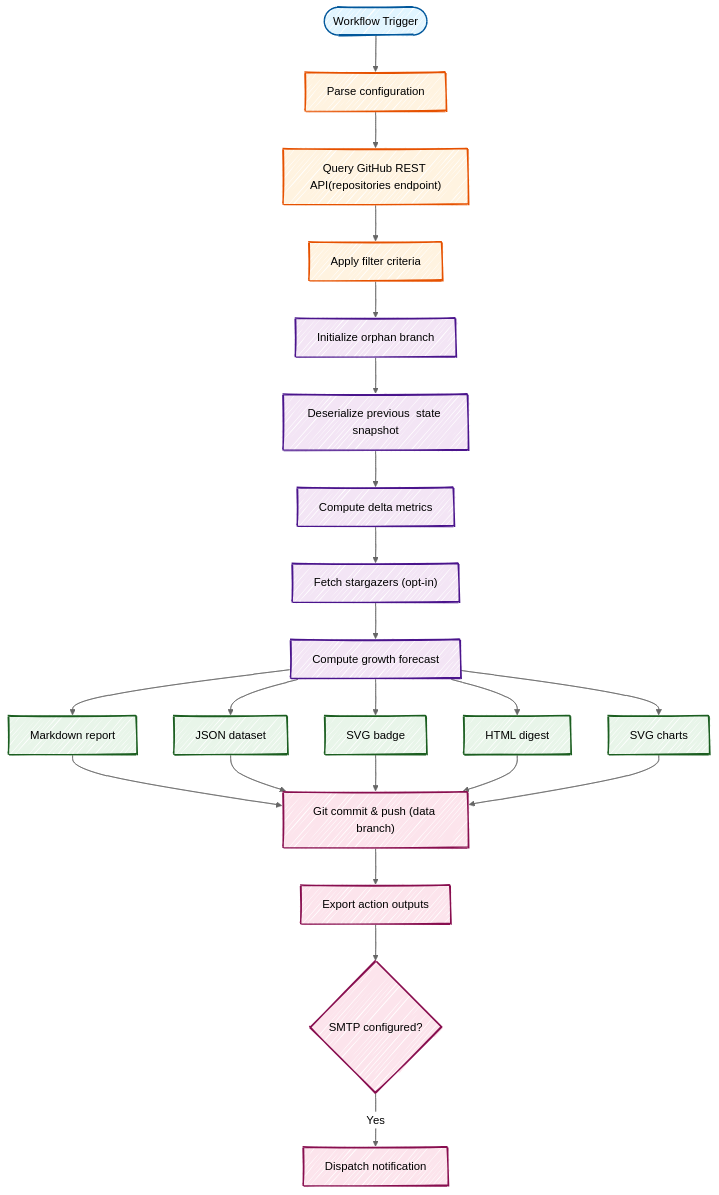
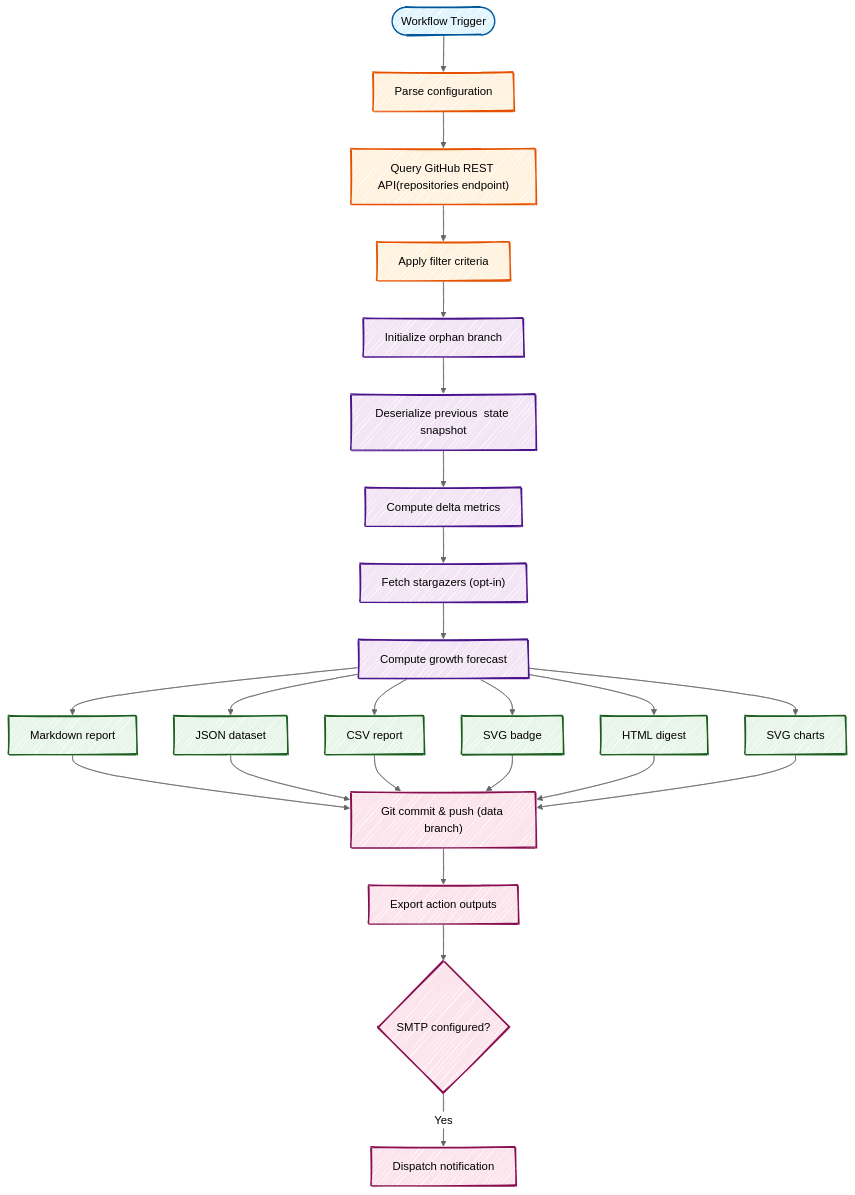
The diagram in README.md (fbuireu/github-star-tracker), drawn with Mermaid before and after one commit. The commit also changed other lines of this file and 12 other files, not shown here.

````diff
--- a/README.md
+++ b/README.md
@@ -136,52 +140,54 @@
 ```mermaid
 ---
 config:
   look: handDrawn
   theme: neutral
 ---
 flowchart TD
     trigger(["Workflow Trigger"])
     config["Parse configuration"]
     fetch["Query GitHub REST API(repositories endpoint)"]
     filter["Apply filter criteria"]
     init["Initialize orphan branch"]
     read["Deserialize previous  state snapshot"]
     compare["Compute delta metrics"]
     stargazers["Fetch stargazers (opt-in)"]
     forecast["Compute growth forecast"]
     md["Markdown report"]
     json["JSON dataset"]
+    csv["CSV report"]
     svg["SVG badge"]
     html["HTML digest"]
     charts["SVG charts"]
     commit["Git commit & push (data branch)"]
     setout["Export action outputs"]
     email{"SMTP configured?"}
     send["Dispatch notification"]
 
     trigger --> config --> fetch --> filter
     filter --> init --> read --> compare
     compare --> stargazers --> forecast
-    forecast --> md & json & svg & html & charts
-    md & json & svg & html & charts --> commit --> setout --> email
+    forecast --> md & json & csv & svg & html & charts
+    md & json & csv & svg & html & charts --> commit --> setout --> email
     email -->|Yes| send
 
     style trigger fill:#e1f5ff,stroke:#01579b,stroke-width:2px
     style config fill:#fff3e0,stroke:#e65100,stroke-width:2px
     style fetch fill:#fff3e0,stroke:#e65100,stroke-width:2px
     style filter fill:#fff3e0,stroke:#e65100,stroke-width:2px
     style init fill:#f3e5f5,stroke:#4a148c,stroke-width:2px
     style read fill:#f3e5f5,stroke:#4a148c,stroke-width:2px
     style compare fill:#f3e5f5,stroke:#4a148c,stroke-width:2px
     style stargazers fill:#f3e5f5,stroke:#4a148c,stroke-width:2px
     style forecast fill:#f3e5f5,stroke:#4a148c,stroke-width:2px
     style md fill:#e8f5e9,stroke:#1b5e20,stroke-width:2px
     style json fill:#e8f5e9,stroke:#1b5e20,stroke-width:2px
+    style csv fill:#e8f5e9,stroke:#1b5e20,stroke-width:2px
     style svg fill:#e8f5e9,stroke:#1b5e20,stroke-width:2px
     style html fill:#e8f5e9,stroke:#1b5e20,stroke-width:2px
     style charts fill:#e8f5e9,stroke:#1b5e20,stroke-width:2px
     style commit fill:#fce4ec,stroke:#880e4f,stroke-width:2px
     style setout fill:#fce4ec,stroke:#880e4f,stroke-width:2px
     style email fill:#fce4ec,stroke:#880e4f,stroke-width:2px
     style send fill:#fce4ec,stroke:#880e4f,stroke-width:2px
 ```
````
